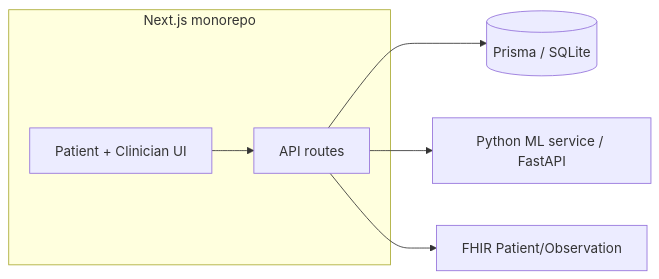
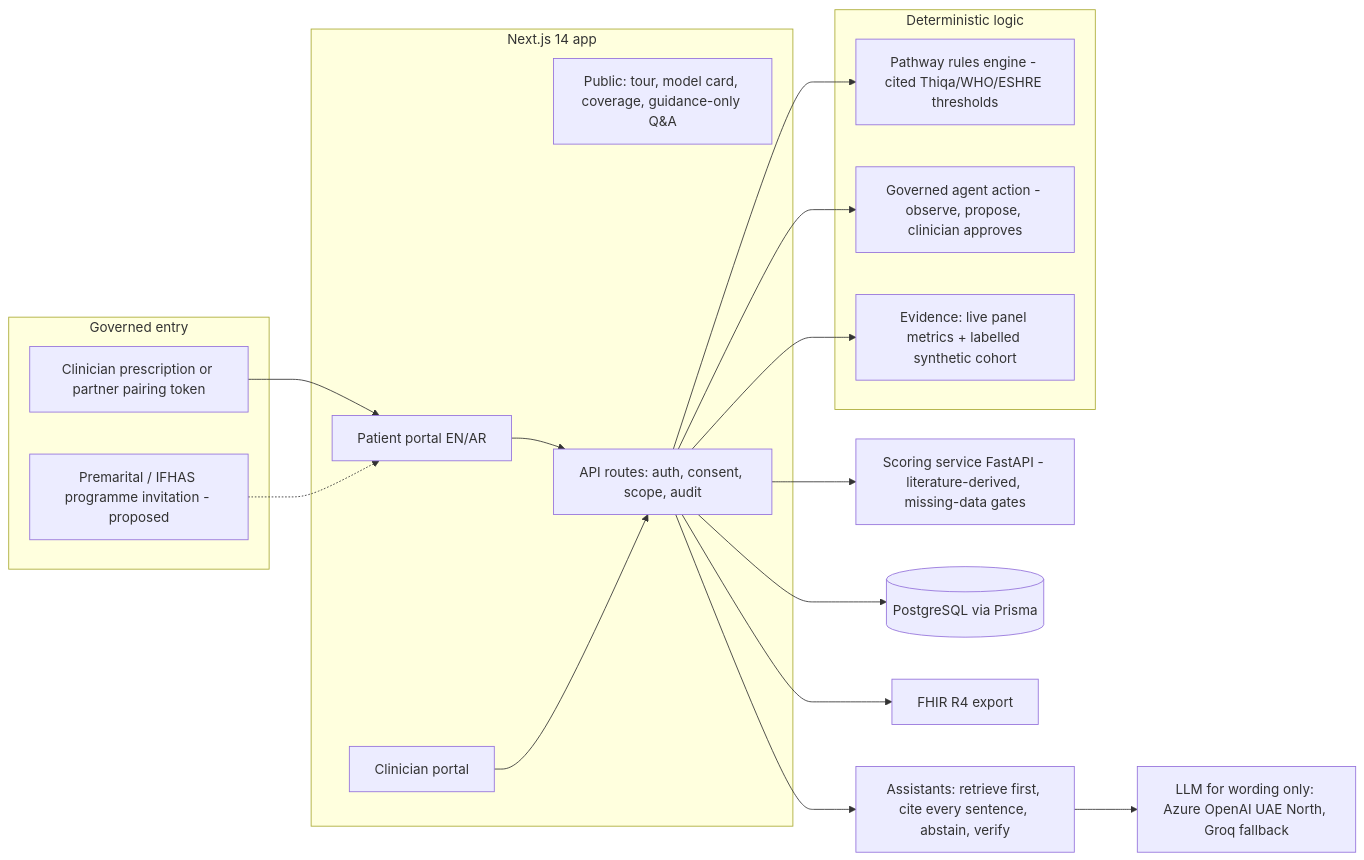
Before and after one commit to renatocosta0/reproai-main: the diagram in docs/architecture.md, drawn with Mermaid. The commit also changed other lines of this file and 22 other files, not shown here.

First line of the commit message:
docs: align docs, diagrams and risk register with the code and the submission template

````diff
--- a/docs/architecture.md
+++ b/docs/architecture.md
@@ -3,11 +5,35 @@
 ```mermaid
 flowchart LR
-  subgraph Monorepo [Next.js monorepo]
-    FE[Patient + Clinician UI]
-    API[API routes]
+  subgraph Entry [Governed entry]
+    INV[Clinician prescription or partner pairing token]
+    PROG[Premarital / IFHAS programme invitation - proposed]
   end
-  FE --> API
-  API --> DB[(Prisma / SQLite)]
-  API --> ML[Python ML service / FastAPI]
-  API --> FHIR[FHIR Patient/Observation]
+  subgraph App [Next.js 14 app]
+    PAT[Patient portal EN/AR]
+    CLIN[Clinician portal]
+    PUB[Public: tour, model card, coverage, guidance-only Q&A]
+    API[API routes: auth, consent, scope, audit]
+  end
+  subgraph Logic [Deterministic logic]
+    RULES[Pathway rules engine - cited Thiqa/WHO/ESHRE thresholds]
+    AGENT[Governed agent action - observe, propose, clinician approves]
+    EVAL[Evidence: live panel metrics + labelled synthetic cohort]
+  end
+  ML[Scoring service FastAPI - literature-derived, missing-data gates]
+  RAG[Assistants: retrieve first, cite every sentence, abstain, verify]
+  LLM[LLM for wording only: Azure OpenAI UAE North, Groq fallback]
+  DB[(PostgreSQL via Prisma)]
+  FHIR[FHIR R4 export]
+  INV --> PAT
+  PROG -.-> PAT
+  PAT --> API
+  CLIN --> API
+  API --> DB
+  API --> RULES
+  API --> AGENT
+  API --> ML
+  API --> RAG
+  RAG --> LLM
+  API --> EVAL
+  API --> FHIR
 ```
````
